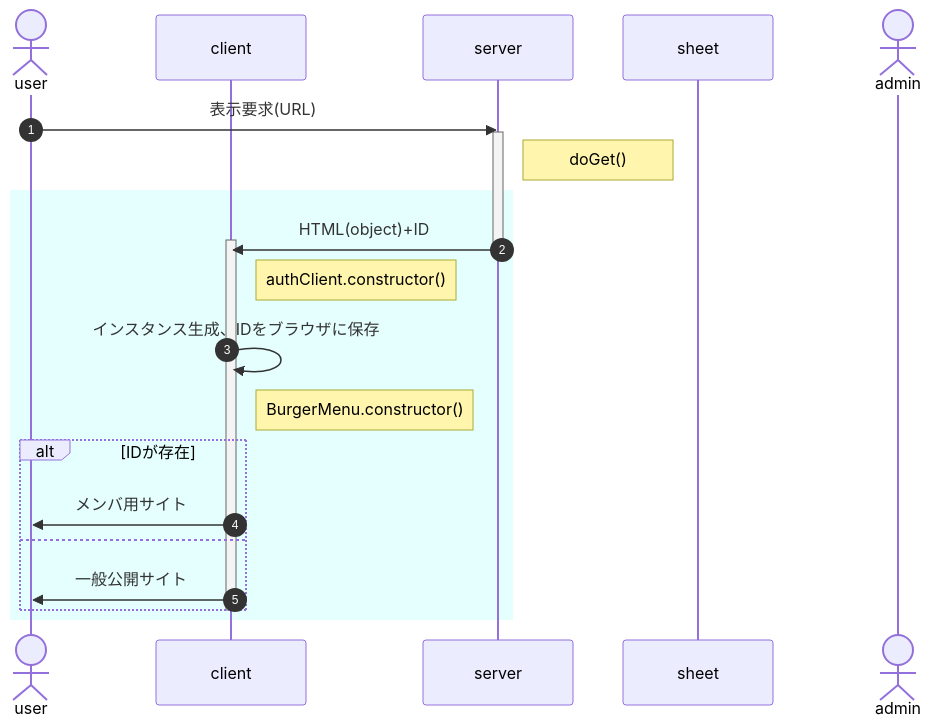
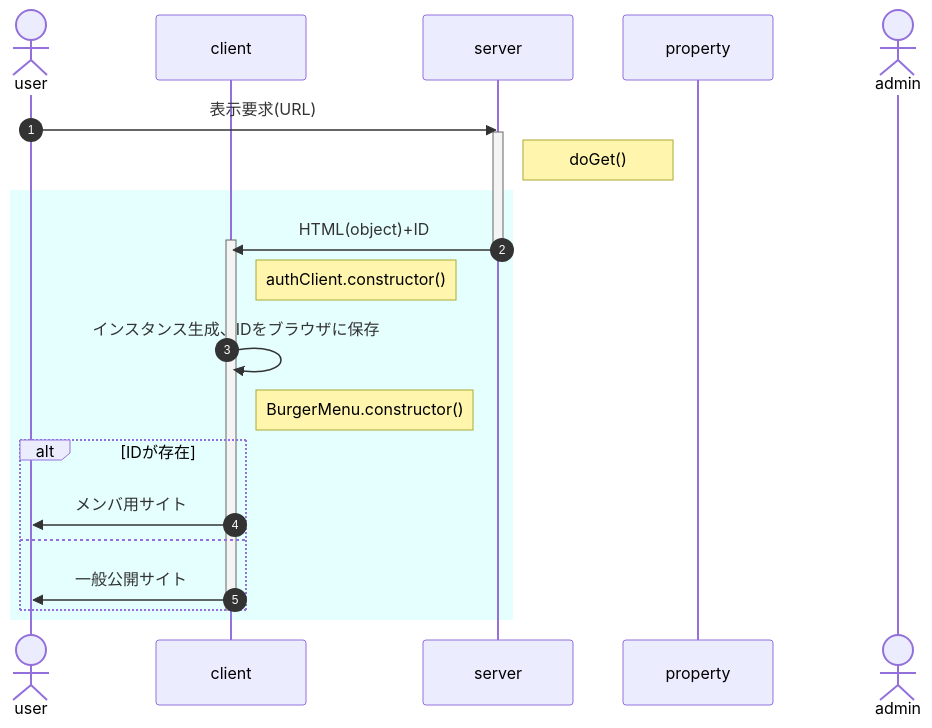
The diagram in Auth/2.0.0/doc/onload.md (nakaone/library), drawn with Mermaid before and after one commit. The commit also changed 6 other files, not shown here.

````diff
--- a/Auth/2.0.0/doc/onload.md
+++ b/Auth/2.0.0/doc/onload.md
@@ -3,27 +3,27 @@
 ```mermaid
 sequenceDiagram
   autonumber
   actor user
   participant client
   participant server
-  participant sheet
+  participant property
   actor admin
 
   user ->> server : 表示要求(URL)
   activate server
   Note right of server : doGet()
   rect rgba(0, 255, 255, 0.1)
     server ->> client : HTML(object)+ID
     activate client
     deactivate server
     Note right of client : authClient.constructor()
     client ->> client : インスタンス生成、IDをブラウザに保存
     Note right of client : BurgerMenu.constructor()
     alt IDが存在
       client ->> user : メンバ用サイト
     else
       client ->> user : 一般公開サイト
     end
     deactivate client
   end
 ```
````
